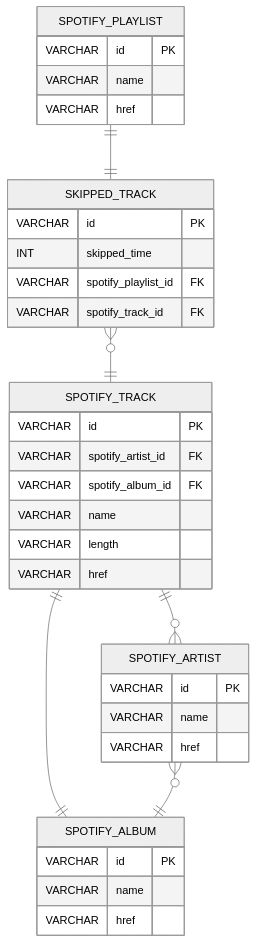
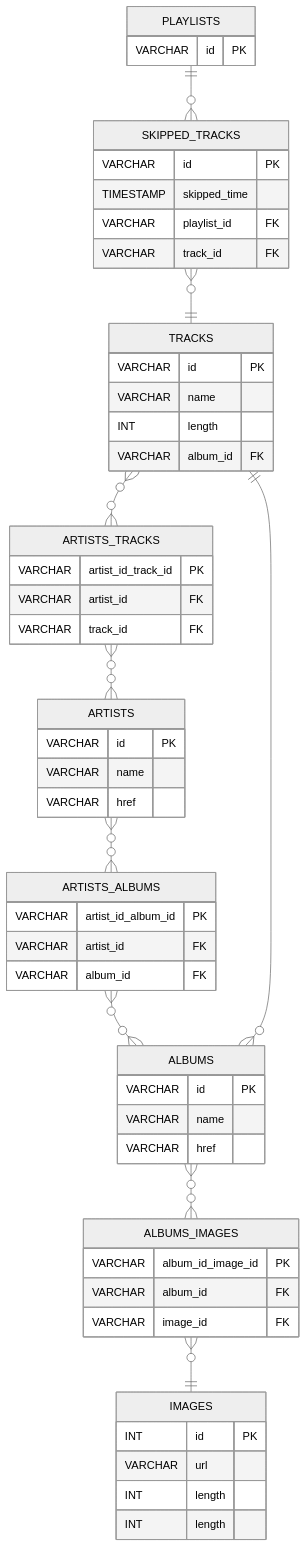
One commit to paulmccarron/spotify-playlist-janitor changed the diagram in docs/entity-relationship-diagram.md. Above: the diagram before and after it, drawn with Mermaid. The commit also changed 2 other files, not shown here.

Commit message:
Renormalise database (#17)
* Updated ER Diagram

* Updated sql files

````diff
--- a/docs/entity-relationship-diagram.md
+++ b/docs/entity-relationship-diagram.md
@@ -5,39 +5,68 @@
 ``` mermaid
 %%{init: {'theme':'neutral'}}%%
 erDiagram
-    SPOTIFY_PLAYLIST ||--|| SKIPPED_TRACK : ""
-    SKIPPED_TRACK }o--|| SPOTIFY_TRACK : ""
-    SPOTIFY_TRACK ||--o{ SPOTIFY_ARTIST : ""
-    SPOTIFY_TRACK ||--|| SPOTIFY_ALBUM : ""
-    SPOTIFY_ARTIST }o--|| SPOTIFY_ALBUM : ""
+    PLAYLISTS ||--o{ SKIPPED_TRACKS : ""
+    SKIPPED_TRACKS }o--|| TRACKS : ""
+    TRACKS }o--o{ ARTISTS_TRACKS : ""
+    ARTISTS_TRACKS }o--o{ ARTISTS : ""
+    ARTISTS }o--o{ ARTISTS_ALBUMS : ""
+    ARTISTS_ALBUMS }o--o{ ALBUMS : ""
+    TRACKS ||--o{ ALBUMS : ""
+    ALBUMS }o--o{ ALBUMS_IMAGES : ""
+    ALBUMS_IMAGES }o--|| IMAGES : ""
 
-    SPOTIFY_PLAYLIST {
+    PLAYLISTS {
         VARCHAR id PK
-	    VARCHAR name
-        VARCHAR href
     }
-    SKIPPED_TRACK {
-        VARCHAR id PK
-        INT skipped_time
-        VARCHAR spotify_playlist_id FK
-        VARCHAR spotify_track_id FK
-    }
-    SPOTIFY_TRACK {
-        VARCHAR id PK
-        VARCHAR spotify_artist_id FK
-        VARCHAR spotify_album_id FK
-        VARCHAR name
-        VARCHAR length
-        VARCHAR href
-    }
-    SPOTIFY_ARTIST {
+
+    ARTISTS {
         VARCHAR id PK
         VARCHAR name
         VARCHAR href
     }
-    SPOTIFY_ALBUM {
+
+    ALBUMS {
         VARCHAR id PK
         VARCHAR name
         VARCHAR href
     }
+
+    TRACKS {
+        VARCHAR id PK
+        VARCHAR name
+        INT length
+        VARCHAR album_id FK
+    }
+
+    IMAGES {
+        INT id PK
+        VARCHAR url
+        INT length
+        INT length
+    }
+
+    ARTISTS_ALBUMS {
+        VARCHAR artist_id_album_id PK
+        VARCHAR artist_id FK
+        VARCHAR album_id FK
+    }
+
+    ARTISTS_TRACKS {
+        VARCHAR artist_id_track_id PK
+        VARCHAR artist_id FK
+        VARCHAR track_id FK
+    }
+
+    ALBUMS_IMAGES {
+        VARCHAR album_id_image_id PK
+        VARCHAR album_id FK
+        VARCHAR image_id FK
+    }
+    
+    SKIPPED_TRACKS {
+        VARCHAR id PK
+        TIMESTAMP skipped_time
+        VARCHAR playlist_id FK
+        VARCHAR track_id FK
+    }
 ```
````
